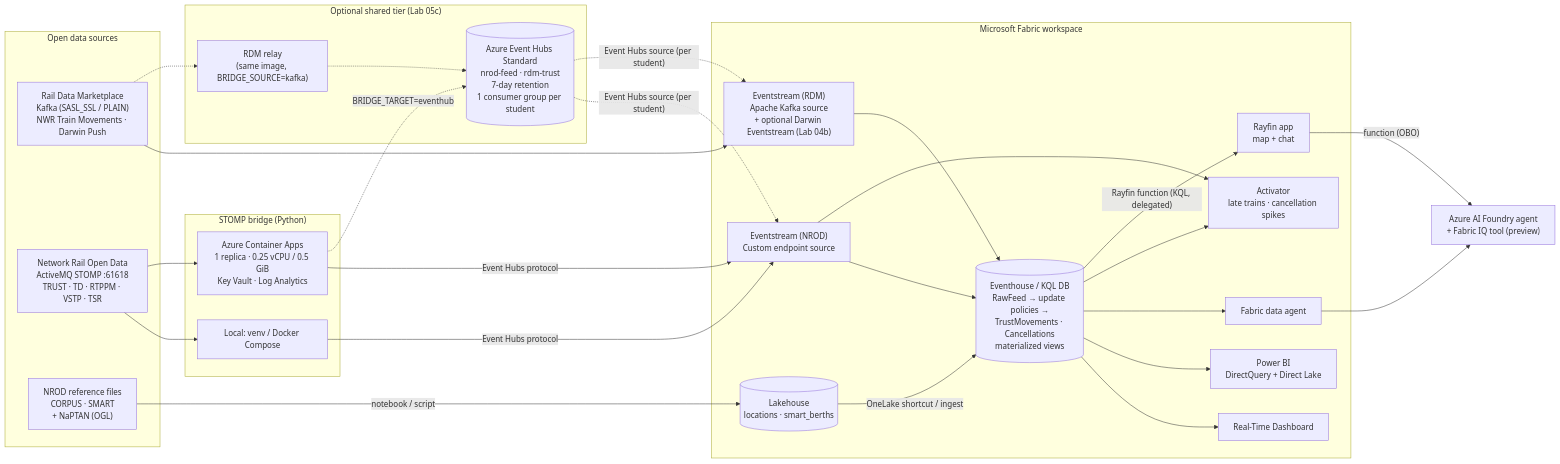
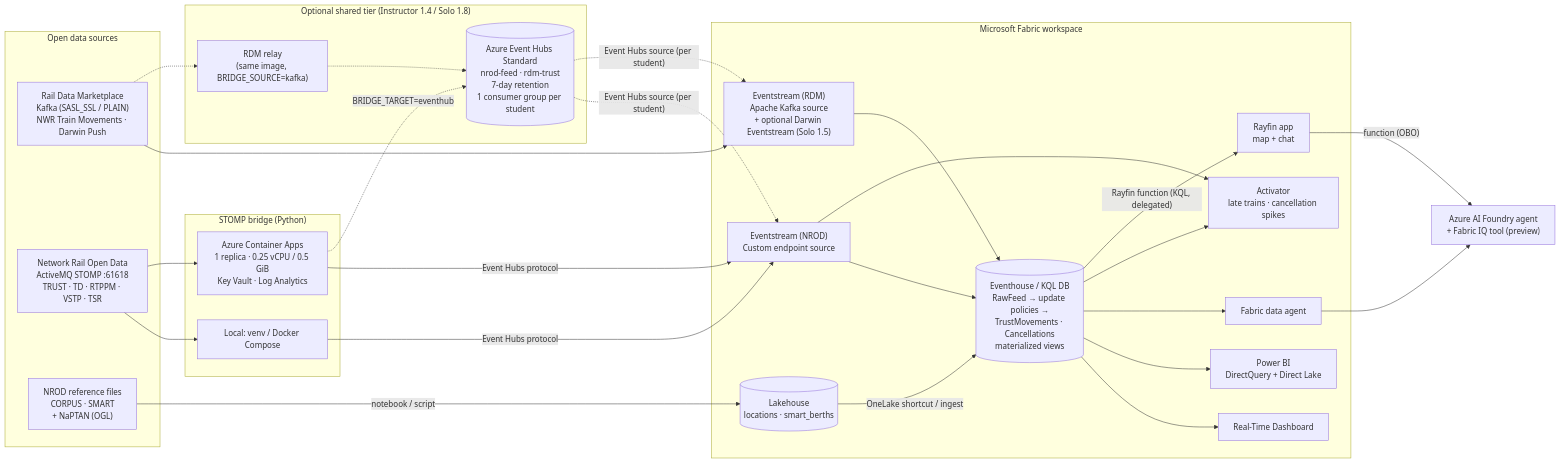
One commit to ShaneOsborne/Real-Time-Rail-Intelligence-on-Microsoft-Fabric changed the diagram in README.md. Above: the diagram before and after it, drawn with Mermaid. The commit also changed other lines of this file and 109 other files, not shown here.

Commit message:
Restructure labs by audience: start-here, solo, instructor, student and build paths

````diff
--- a/README.md
+++ b/README.md
@@ -50,50 +53,50 @@
 ```mermaid
 flowchart LR
   subgraph Sources["Open data sources"]
     RDM["Rail Data Marketplace<br/>Kafka (SASL_SSL / PLAIN)<br/>NWR Train Movements · Darwin Push"]
     NROD["Network Rail Open Data<br/>ActiveMQ STOMP :61618<br/>TRUST · TD · RTPPM · VSTP · TSR"]
     REF["NROD reference files<br/>CORPUS · SMART<br/>+ NaPTAN (OGL)"]
   end
 
   subgraph Bridge["STOMP bridge (Python)"]
     LOCAL["Local: venv / Docker Compose"]
     ACA["Azure Container Apps<br/>1 replica · 0.25 vCPU / 0.5 GiB<br/>Key Vault · Log Analytics"]
   end
 
   subgraph Fabric["Microsoft Fabric workspace"]
-    ESR["Eventstream (RDM)<br/>Apache Kafka source<br/>+ optional Darwin Eventstream (Lab 04b)"]
+    ESR["Eventstream (RDM)<br/>Apache Kafka source<br/>+ optional Darwin Eventstream (Solo 1.5)"]
     ESN["Eventstream (NROD)<br/>Custom endpoint source"]
     EH[("Eventhouse / KQL DB<br/>RawFeed → update policies →<br/>TrustMovements · Cancellations<br/>materialized views")]
     LH[("Lakehouse<br/>locations · smart_berths")]
     ACT["Activator<br/>late trains · cancellation spikes"]
     RTD["Real-Time Dashboard"]
     PBI["Power BI<br/>DirectQuery + Direct Lake"]
     DA["Fabric data agent"]
     APP["Rayfin app<br/>map + chat"]
   end
 
   FOUNDRY["Azure AI Foundry agent<br/>+ Fabric IQ tool (preview)"]
 
-  subgraph Shared["Optional shared tier (Lab 05c)"]
+  subgraph Shared["Optional shared tier (Instructor 1.4 / Solo 1.8)"]
     EHNS[("Azure Event Hubs Standard<br/>nrod-feed · rdm-trust<br/>7-day retention<br/>1 consumer group per student")]
     RELAY["RDM relay<br/>(same image, BRIDGE_SOURCE=kafka)"]
   end
 
   RDM --> ESR
   NROD --> LOCAL & ACA
   LOCAL -- Event Hubs protocol --> ESN
   ACA -- Event Hubs protocol --> ESN
   ACA -. "BRIDGE_TARGET=eventhub" .-> EHNS
   RDM -.-> RELAY -.-> EHNS
   EHNS -. "Event Hubs source (per student)" .-> ESN
   EHNS -. "Event Hubs source (per student)" .-> ESR
   ESR --> EH
   ESN --> EH
   ESN --> ACT
   REF -- notebook / script --> LH
   LH -- OneLake shortcut / ingest --> EH
   EH --> RTD & PBI & DA & ACT
   DA --> FOUNDRY
   EH -- "Rayfin function (KQL, delegated)" --> APP
   APP -- function (OBO) --> FOUNDRY
 ```
````
